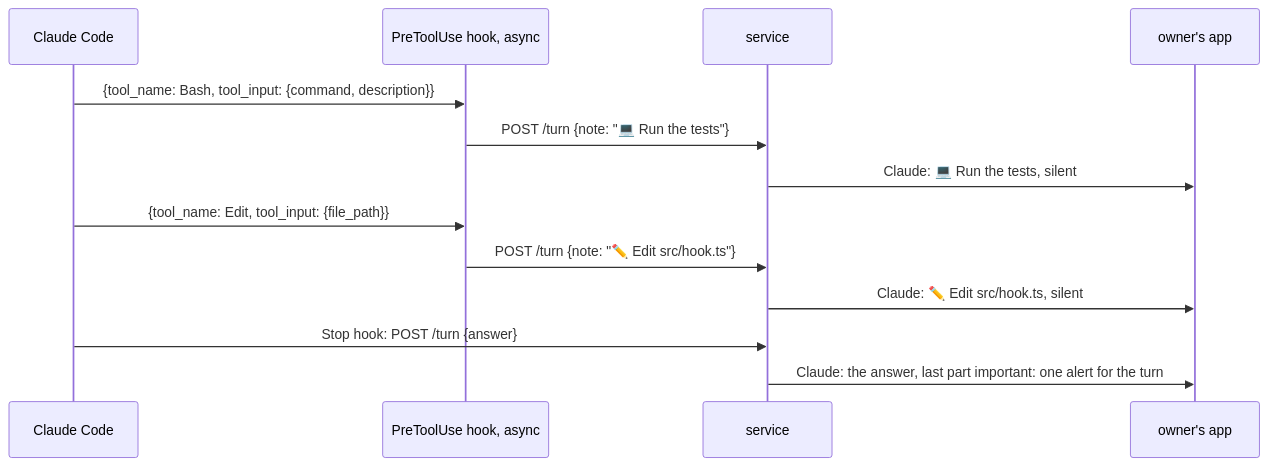
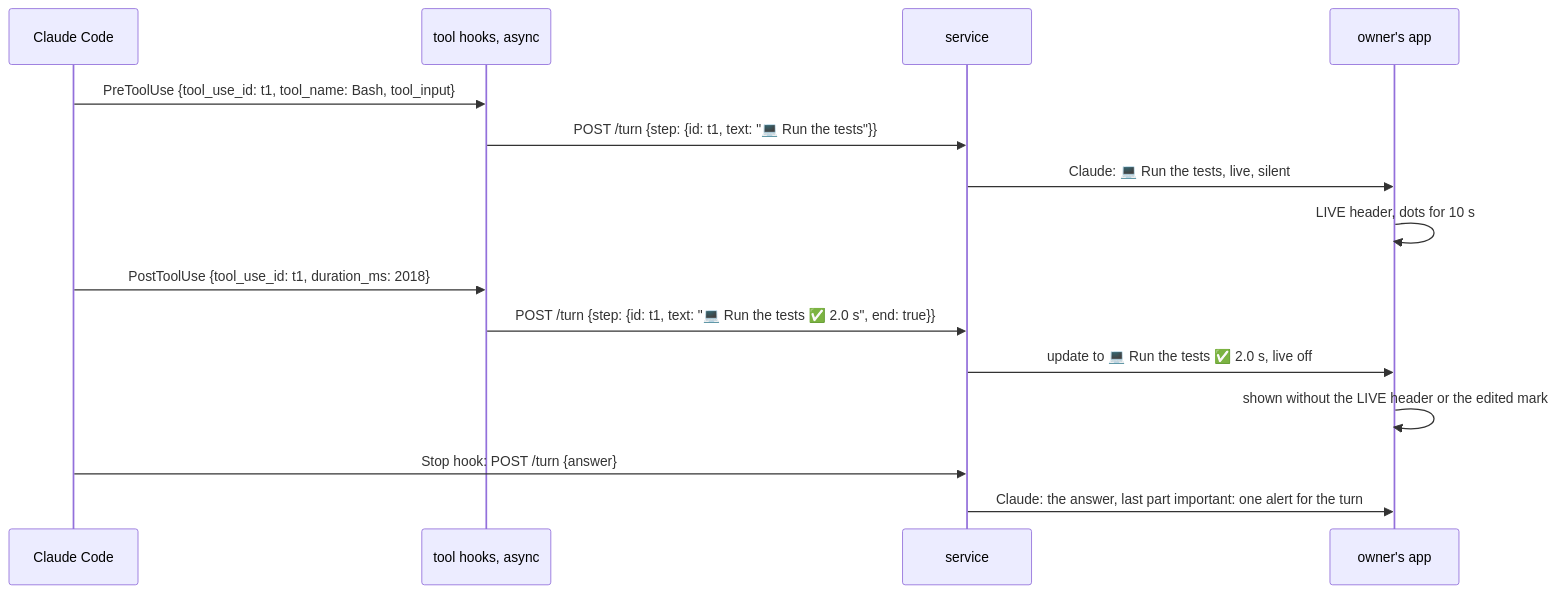
Before and after one commit to simplex-chat/simplex-chat: the first of 3 diagrams in plans/2026-11-12-mcp-activity.md, drawn with Mermaid. The commit also changed other lines of this file, not shown here.

Commit message:
plan: mcp-activity answers and live step lines

````diff
--- a/plans/2026-11-12-mcp-activity.md
+++ b/plans/2026-11-12-mcp-activity.md
@@ -50,15 +77,17 @@
 ```mermaid
 sequenceDiagram
   participant CC as Claude Code
-  participant HK as PreToolUse hook, async
+  participant HK as tool hooks, async
   participant D as service
   participant O as owner's app
-  CC->>HK: {tool_name: Bash, tool_input: {command, description}}
-  HK->>D: POST /turn {note: "💻 Run the tests"}
-  D->>O: Claude: 💻 Run the tests, silent
-  CC->>HK: {tool_name: Edit, tool_input: {file_path}}
-  HK->>D: POST /turn {note: "✏️ Edit src/hook.ts"}
-  D->>O: Claude: ✏️ Edit src/hook.ts, silent
+  CC->>HK: PreToolUse {tool_use_id: t1, tool_name: Bash, tool_input}
+  HK->>D: POST /turn {step: {id: t1, text: "💻 Run the tests"}}
+  D->>O: Claude: 💻 Run the tests, live, silent
+  O->>O: LIVE header, dots for 10 s
+  CC->>HK: PostToolUse {tool_use_id: t1, duration_ms: 2018}
+  HK->>D: POST /turn {step: {id: t1, text: "💻 Run the tests ✅ 2.0 s", end: true}}
+  D->>O: update to 💻 Run the tests ✅ 2.0 s, live off
+  O->>O: shown without the LIVE header or the edited mark
   CC->>D: Stop hook: POST /turn {answer}
   D->>O: Claude: the answer, last part important: one alert for the turn
 ```
````
